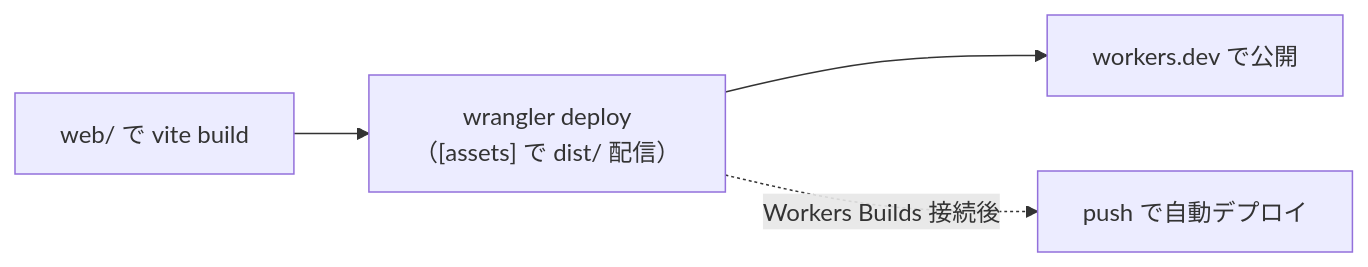
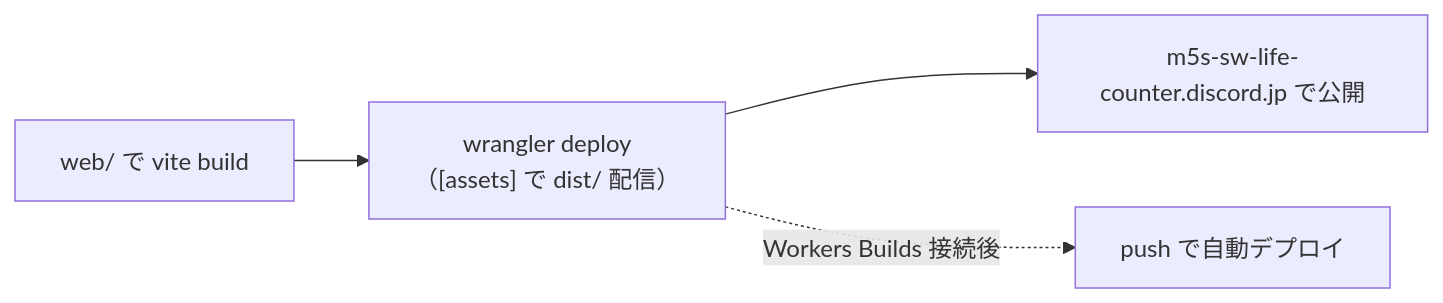
Before and after one commit to japan4415/m5s-sw-life-counter: the fourth of 4 diagrams in docs/14-web-flasher-design.md, drawn with Mermaid. The commit also changed other lines of this file and 1 other file, not shown here.

First line of the commit message:
カスタムドメイン m5s-sw-life-counter.discord.jp を設定

````diff
--- a/docs/14-web-flasher-design.md
+++ b/docs/14-web-flasher-design.md
@@ -299,6 +299,6 @@
 ```mermaid
 flowchart LR
     A["web/ で vite build"] --> B["wrangler deploy<br>（[assets] で dist/ 配信）"]
-    B --> C["workers.dev で公開"]
+    B --> C["m5s-sw-life-counter.discord.jp で公開"]
     B -.Workers Builds 接続後.-> D["push で自動デプロイ"]
 ```
````
